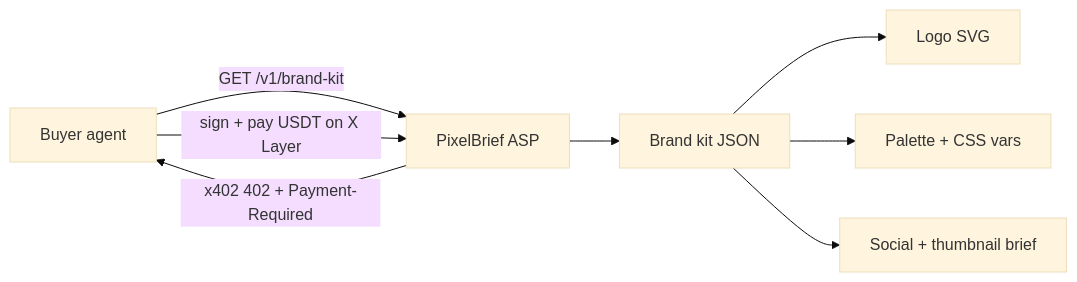
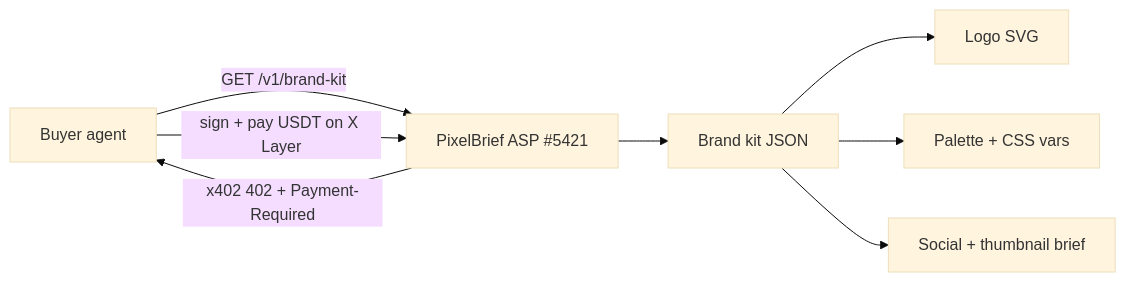
Before and after one commit to thesithunyein/pixelbrief: the diagram in README.md, drawn with Mermaid (base theme). The commit also changed other lines of this file and 5 other files, not shown here.

Commit message:
Refine Genesis docs with exact repo, agent #5421, and Jul 27 prize timeline.

````diff
--- a/README.md
+++ b/README.md
@@ -90,10 +104,10 @@
 ```mermaid
 flowchart LR
-  A[Buyer agent] -->|GET /v1/brand-kit| B[PixelBrief ASP]
+  A[Buyer agent] -->|GET /v1/brand-kit| B[PixelBrief ASP #5421]
   B -->|x402 402 + Payment-Required| A
   A -->|sign + pay USDT on X Layer| B
   B --> C[Brand kit JSON]
   C --> D[Logo SVG]
   C --> E[Palette + CSS vars]
   C --> F[Social + thumbnail brief]
 ```
````
